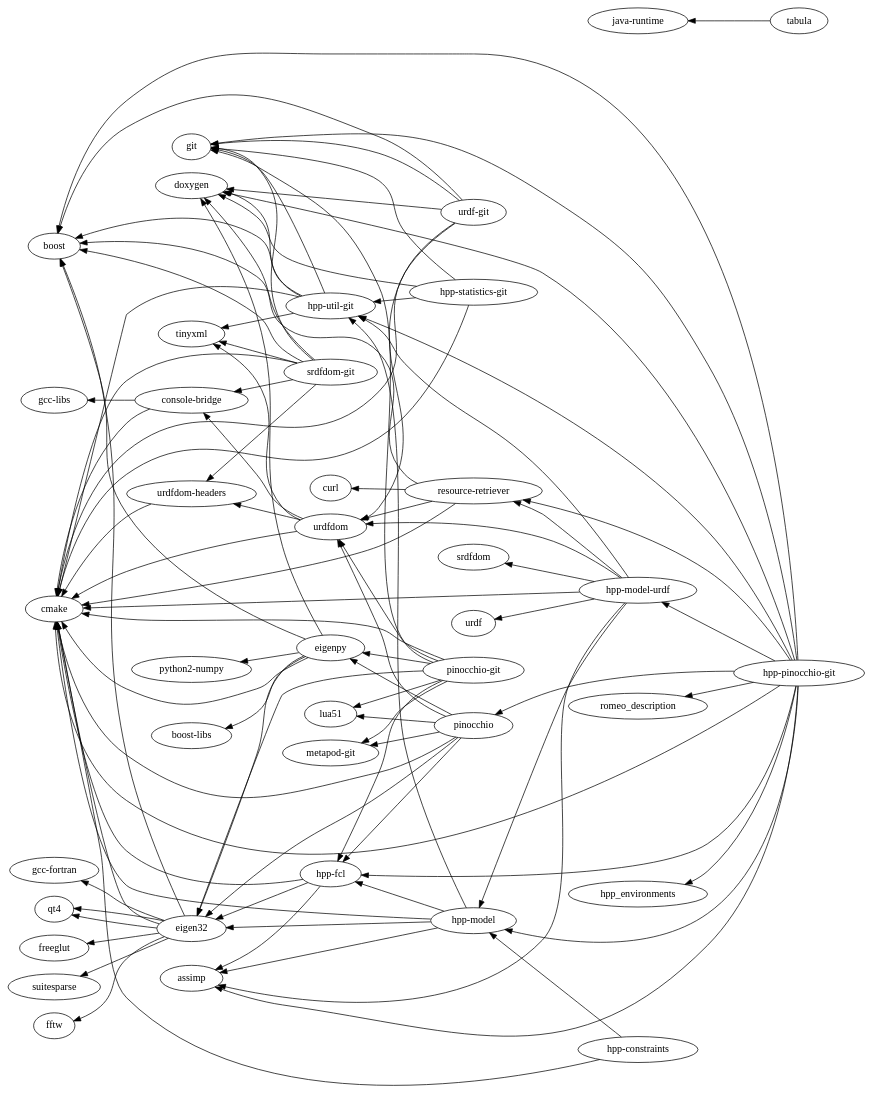
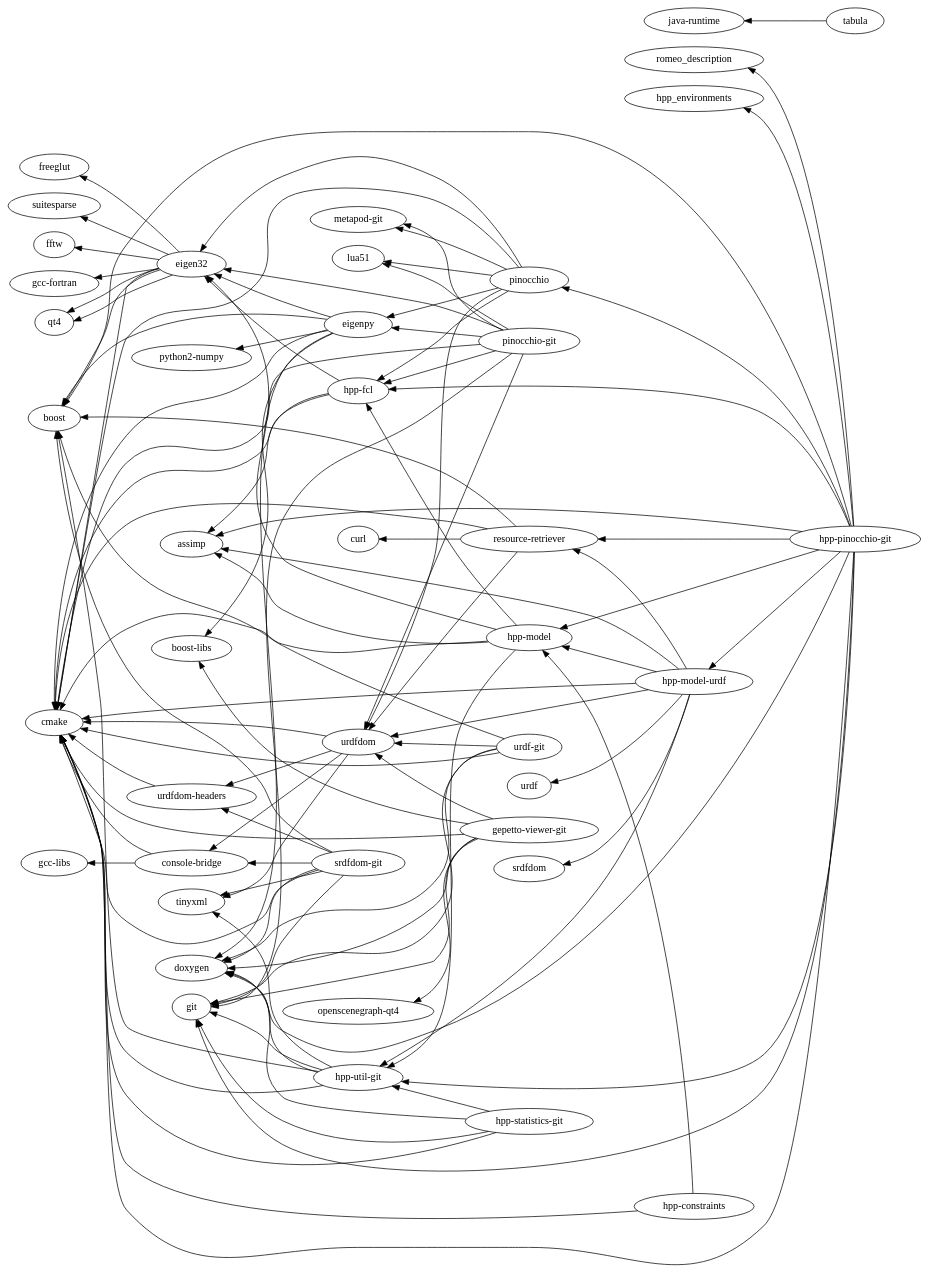
One commit to nim65s/aur changed the diagram in dependencies.gv. Above: the diagram before and after it, drawn with Graphviz. The commit also changed 1 other file, not shown here.

```diff
--- a/dependencies.gv
+++ b/dependencies.gv
@@ -1,136 +1,144 @@
 digraph dependencies {
 	graph [rankdir=RL]
+		"resource-retriever"
+		"hpp-model"
+		"hpp-fcl"
+		eigen32
+		"metapod-git"
+		srdfdom
+		"urdf-git"
+		"hpp-pinocchio-git"
+		tabula
+		git
 		urdfdom
+		"hpp-util-git"
+		"console-bridge"
+		suitesparse
+		lua51
+		fftw
+		doxygen
+		"srdfdom-git"
+		eigenpy
+		"gepetto-viewer-git"
+		"python2-numpy"
+		tinyxml
+		"gcc-fortran"
+		"gcc-libs"
+		"hpp-constraints"
+		qt4
+		"hpp-model-urdf"
 		"urdfdom-headers"
-		fftw
-		"gcc-fortran"
-		"srdfdom-git"
-		"hpp-fcl"
-		doxygen
-		"hpp-util-git"
-		"metapod-git"
+		freeglut
+		assimp
+		"hpp-statistics-git"
+		cmake
+		pinocchio
+		"openscenegraph-qt4"
+		curl
+		"pinocchio-git"
 		romeo_description
-		git
-		srdfdom
-		"gcc-libs"
+		"java-runtime"
+		hpp_environments
+		urdf
 		boost
-		hpp_environments
-		pinocchio
-		"hpp-statistics-git"
-		qt4
-		"urdf-git"
-		"console-bridge"
-		cmake
-		eigen32
-		"hpp-model-urdf"
 		"boost-libs"
-		assimp
-		"java-runtime"
-		"pinocchio-git"
-		tinyxml
-		lua51
-		"hpp-constraints"
-		"hpp-pinocchio-git"
-		"hpp-model"
-		"python2-numpy"
-		freeglut
-		urdf
-		tabula
-		eigenpy
-		curl
-		"resource-retriever"
-		suitesparse
 			"pinocchio-git" -> "metapod-git"
 			"pinocchio-git" -> lua51
 			"pinocchio-git" -> cmake
 			"pinocchio-git" -> git
 			"pinocchio-git" -> eigen32
 			"pinocchio-git" -> eigenpy
 			"pinocchio-git" -> "hpp-fcl"
 			"pinocchio-git" -> urdfdom
 			eigen32 -> qt4
 			eigen32 -> cmake
 			eigen32 -> freeglut
 			eigen32 -> "gcc-fortran"
 			eigen32 -> fftw
 			eigen32 -> qt4
 			eigen32 -> suitesparse
 			eigen32 -> boost
 			"console-bridge" -> cmake
 			"console-bridge" -> "gcc-libs"
 			"hpp-model" -> assimp
 			"hpp-model" -> cmake
 			"hpp-model" -> eigen32
 			"hpp-model" -> "hpp-util-git"
 			"hpp-model" -> "hpp-fcl"
 			pinocchio -> "metapod-git"
 			pinocchio -> lua51
 			pinocchio -> cmake
 			pinocchio -> eigen32
 			pinocchio -> "hpp-fcl"
 			pinocchio -> eigenpy
 			pinocchio -> urdfdom
 			urdfdom -> cmake
 			urdfdom -> tinyxml
 			urdfdom -> "console-bridge"
 			urdfdom -> "urdfdom-headers"
 			"resource-retriever" -> cmake
 			"resource-retriever" -> urdfdom
 			"resource-retriever" -> curl
 			"resource-retriever" -> boost
 			"srdfdom-git" -> doxygen
 			"srdfdom-git" -> cmake
 			"srdfdom-git" -> git
 			"srdfdom-git" -> boost
 			"srdfdom-git" -> tinyxml
 			"srdfdom-git" -> "urdfdom-headers"
 			"srdfdom-git" -> "console-bridge"
 			"hpp-constraints" -> cmake
 			"hpp-constraints" -> "hpp-model"
+			"gepetto-viewer-git" -> doxygen
+			"gepetto-viewer-git" -> cmake
+			"gepetto-viewer-git" -> git
+			"gepetto-viewer-git" -> "boost-libs"
+			"gepetto-viewer-git" -> urdfdom
+			"gepetto-viewer-git" -> "openscenegraph-qt4"
 			tabula -> "java-runtime"
 			"urdfdom-headers" -> cmake
 			"hpp-util-git" -> doxygen
 			"hpp-util-git" -> cmake
 			"hpp-util-git" -> git
 			"hpp-util-git" -> boost
 			"hpp-util-git" -> tinyxml
 			"hpp-fcl" -> cmake
 			"hpp-fcl" -> eigen32
 			"hpp-fcl" -> assimp
 			"hpp-pinocchio-git" -> "hpp-model"
 			"hpp-pinocchio-git" -> "hpp-model-urdf"
 			"hpp-pinocchio-git" -> romeo_description
 			"hpp-pinocchio-git" -> hpp_environments
 			"hpp-pinocchio-git" -> doxygen
 			"hpp-pinocchio-git" -> cmake
 			"hpp-pinocchio-git" -> git
 			"hpp-pinocchio-git" -> boost
 			"hpp-pinocchio-git" -> pinocchio
 			"hpp-pinocchio-git" -> assimp
 			"hpp-pinocchio-git" -> "hpp-util-git"
 			"hpp-pinocchio-git" -> "hpp-fcl"
 			"hpp-pinocchio-git" -> "resource-retriever"
 			"hpp-model-urdf" -> cmake
 			"hpp-model-urdf" -> assimp
 			"hpp-model-urdf" -> "hpp-util-git"
 			"hpp-model-urdf" -> "hpp-model"
 			"hpp-model-urdf" -> urdf
 			"hpp-model-urdf" -> "resource-retriever"
 			"hpp-model-urdf" -> urdfdom
 			"hpp-model-urdf" -> srdfdom
 			"hpp-statistics-git" -> doxygen
 			"hpp-statistics-git" -> cmake
 			"hpp-statistics-git" -> git
 			"hpp-statistics-git" -> "hpp-util-git"
 			eigenpy -> doxygen
 			eigenpy -> cmake
 			eigenpy -> eigen32
 			eigenpy -> boost
 			eigenpy -> "python2-numpy"
 			eigenpy -> "boost-libs"
 			"urdf-git" -> doxygen
 			"urdf-git" -> cmake
 			"urdf-git" -> git
 			"urdf-git" -> boost
 			"urdf-git" -> urdfdom
 }
```
